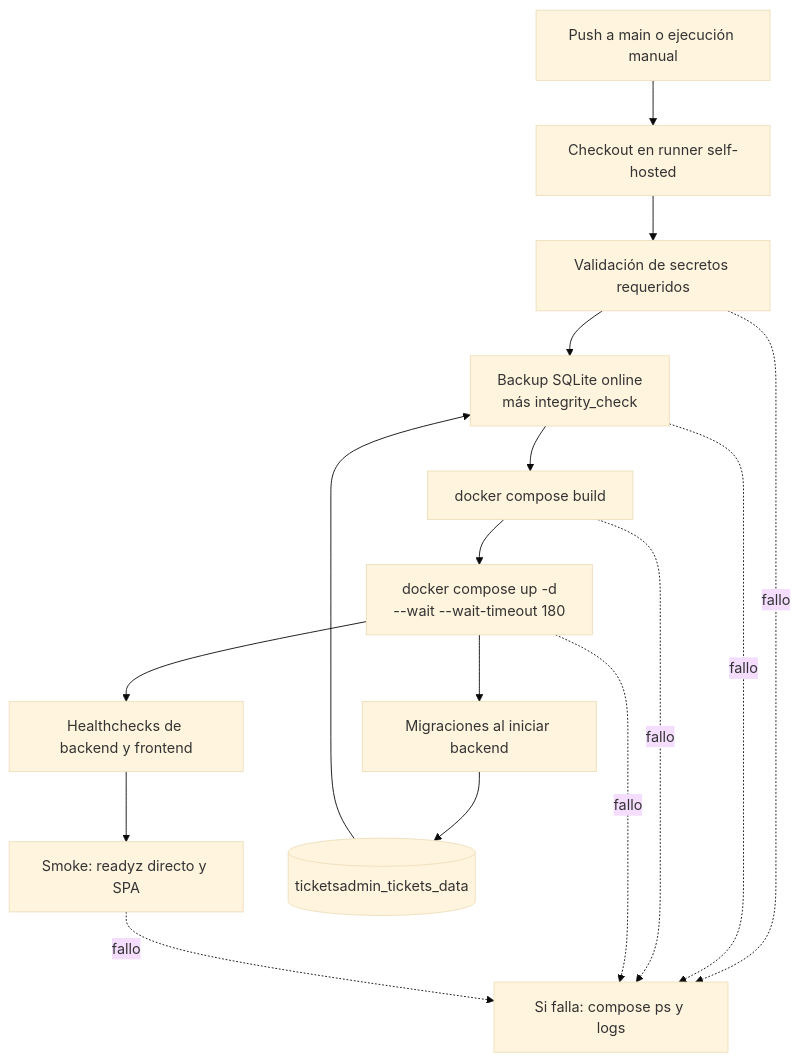
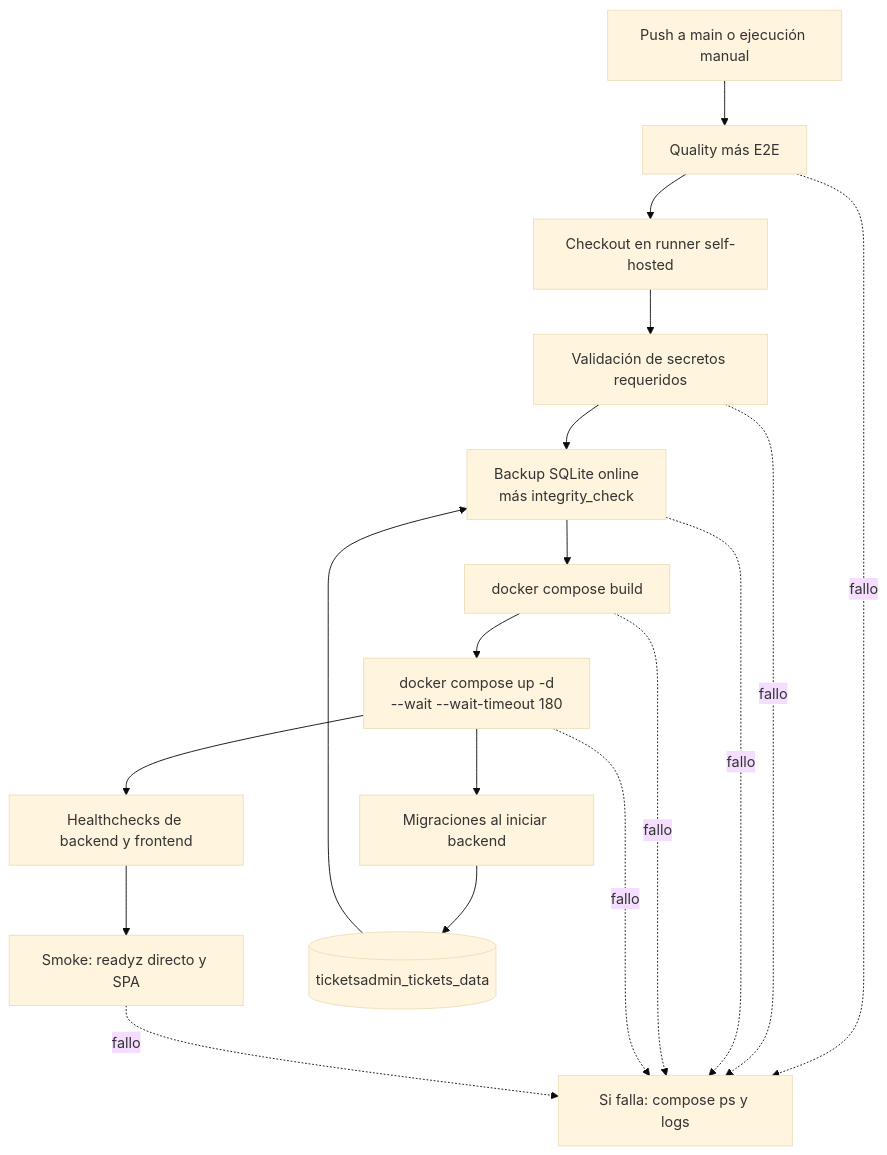
One commit to marianoLaclau/ticketsAdmin changed the diagram in docs/DEPLOY.md. Above: the diagram before and after it, drawn with Mermaid (base theme). The commit also changed other lines of this file and 5 other files, not shown here.

Commit message:
ci(deploy): exigir quality y e2e antes de produccion

````diff
--- a/docs/DEPLOY.md
+++ b/docs/DEPLOY.md
@@ -9,24 +9,26 @@
 ```mermaid
 flowchart TD
     trigger[Push a main o ejecución manual]
+    quality[Quality más E2E]
     checkout[Checkout en runner self-hosted]
     secrets[Validación de secretos requeridos]
     backup[Backup SQLite online<br/>más integrity_check]
     build[docker compose build]
     deploy[docker compose up -d<br/>--wait --wait-timeout 180]
     migrate[Migraciones al iniciar backend]
     health[Healthchecks de backend y frontend]
     smoke[Smoke: readyz directo y SPA]
     diagnostics[Si falla: compose ps y logs]
     volume[(ticketsadmin_tickets_data)]
 
-    trigger --> checkout --> secrets --> backup --> build --> deploy
+    trigger --> quality --> checkout --> secrets --> backup --> build --> deploy
     volume --> backup
     deploy --> migrate --> volume
     deploy --> health --> smoke
+    quality -. fallo .-> diagnostics
     secrets -. fallo .-> diagnostics
     backup -. fallo .-> diagnostics
     build -. fallo .-> diagnostics
     deploy -. fallo .-> diagnostics
     smoke -. fallo .-> diagnostics
 ```
````
